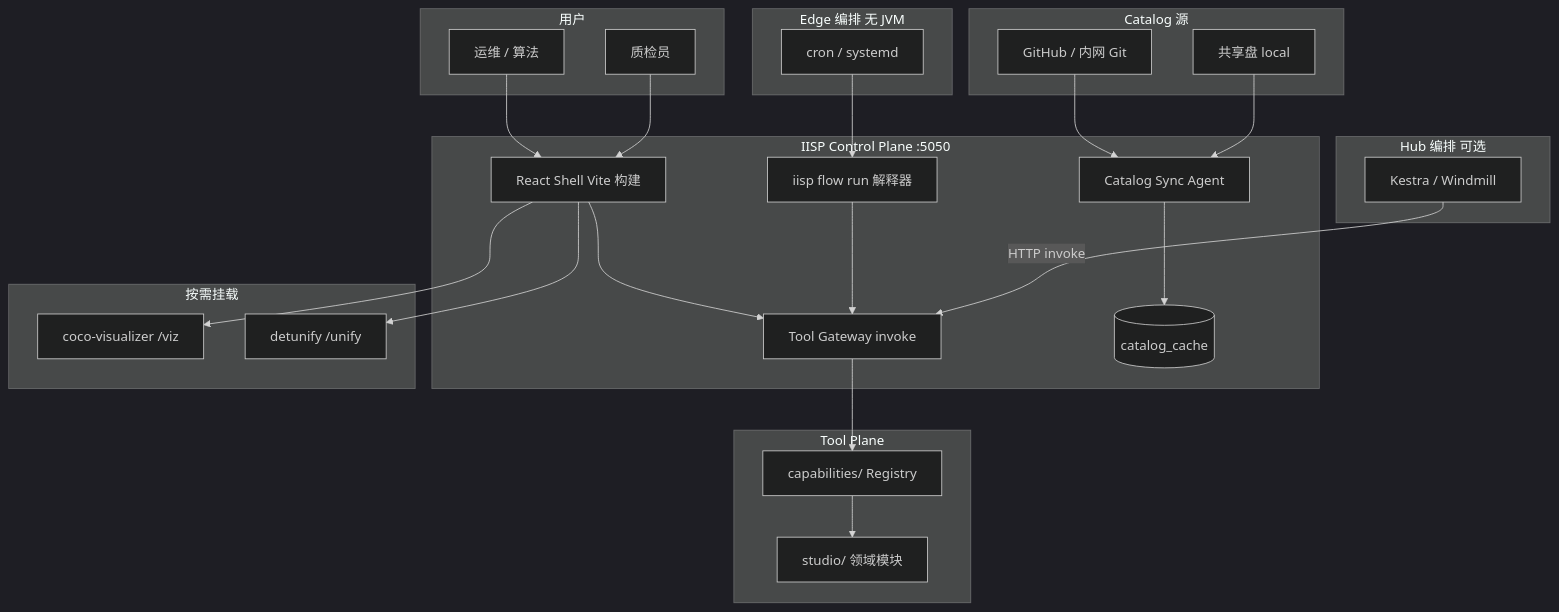
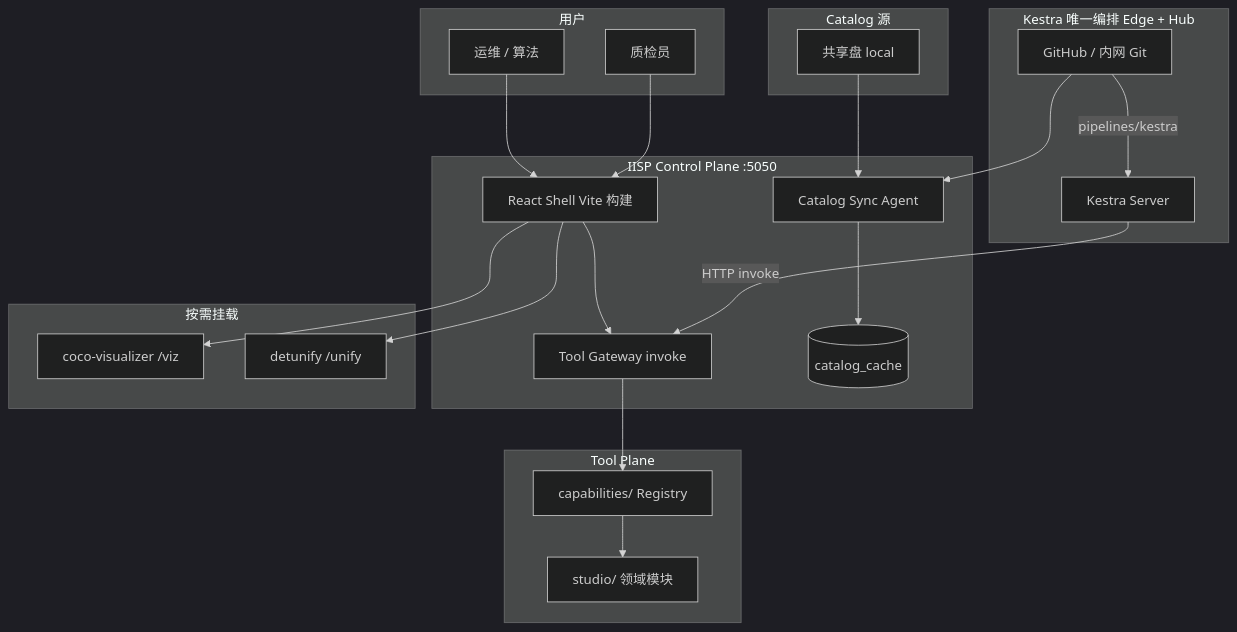
One commit to algo-boost/DetForge-Studio changed the diagram in docs/IISP_PLATFORM.md. Above: the diagram before and after it, drawn with Mermaid (dark theme). The commit also changed other lines of this file and 37 other files, not shown here.

````diff
--- a/docs/IISP_PLATFORM.md
+++ b/docs/IISP_PLATFORM.md
@@ -46,49 +46,43 @@
 ```mermaid
 flowchart TB
   subgraph users [用户]
     Ops[运维 / 算法]
     QC[质检员]
   end
 
   subgraph iisp [IISP Control Plane :5050]
     Shell[React Shell Vite 构建]
     Gateway[Tool Gateway invoke]
-    FlowCLI[iisp flow run 解释器]
     CatalogSync[Catalog Sync Agent]
     Shell --> Gateway
-    FlowCLI --> Gateway
     CatalogSync --> Cache[(catalog_cache)]
   end
 
-  subgraph orch_edge [Edge 编排 无 JVM]
-    Cron[cron / systemd]
-    Cron --> FlowCLI
-  end
-
-  subgraph orch_hub [Hub 编排 可选]
-    Kestra[Kestra / Windmill]
+  subgraph orch [Kestra 唯一编排 Edge + Hub]
+    Kestra[Kestra Server]
     Kestra -->|HTTP invoke| Gateway
+    GitHub -->|pipelines/kestra| Kestra
   end
 
   subgraph catalog_src [Catalog 源]
     GitHub[GitHub / 内网 Git]
     NAS[共享盘 local]
     GitHub --> CatalogSync
     NAS --> CatalogSync
   end
 
   subgraph tools [Tool Plane]
     Cap[capabilities/ Registry]
     Studio[studio/ 领域模块]
     Gateway --> Cap --> Studio
   end
 
   subgraph embed [按需挂载]
     Viz[coco-visualizer /viz]
     Unify[detunify /unify]
   end
 
   Ops --> Shell
   QC --> Shell
   Shell --> Viz & Unify
 ```
````
